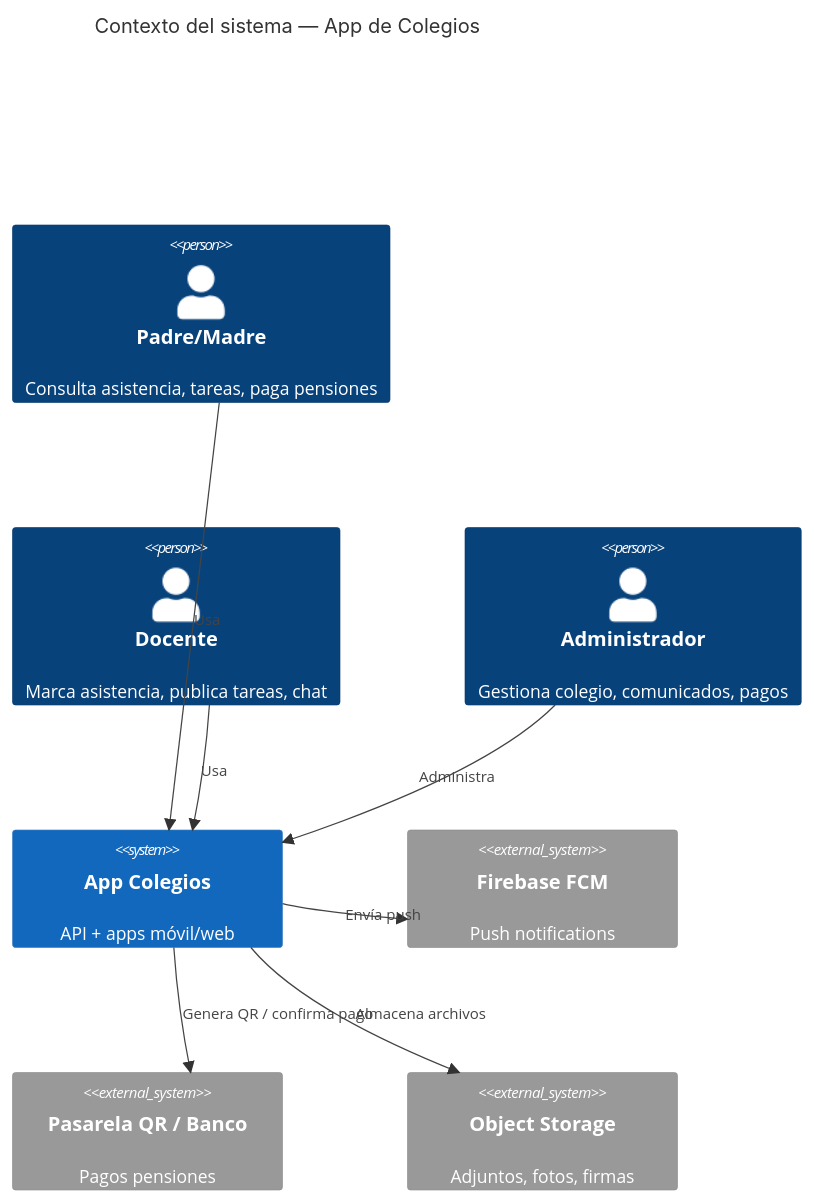
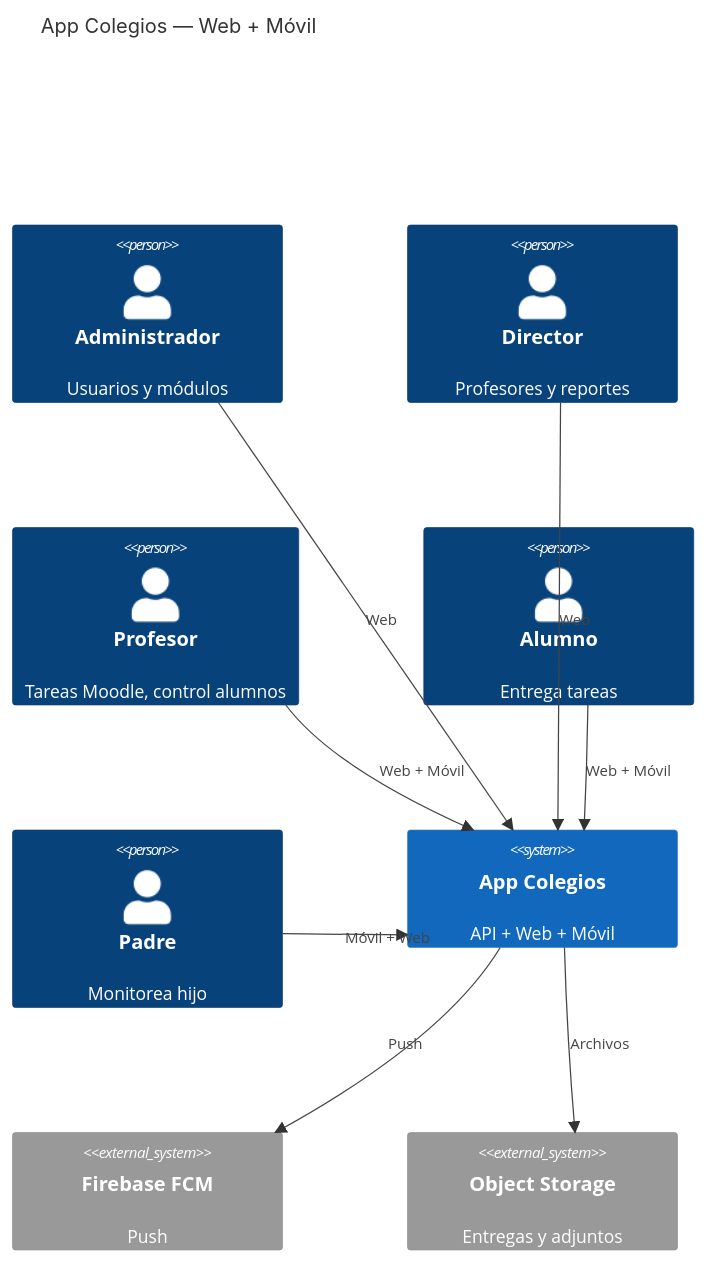
The second of 3 diagrams in specs/Architecture.md (wilmerar/colegio), drawn with Mermaid before and after one commit. The commit also changed other lines of this file and 7 other files, not shown here.

````diff
--- a/specs/Architecture.md
+++ b/specs/Architecture.md
@@ -32,20 +74,22 @@
 ```mermaid
 C4Context
-  title Contexto del sistema — App de Colegios
+  title App Colegios — Web + Móvil
 
-  Person(padre, "Padre/Madre", "Consulta asistencia, tareas, paga pensiones")
-  Person(docente, "Docente", "Marca asistencia, publica tareas, chat")
-  Person(admin, "Administrador", "Gestiona colegio, comunicados, pagos")
+  Person(admin, "Administrador", "Usuarios y módulos")
+  Person(director, "Director", "Profesores y reportes")
+  Person(teacher, "Profesor", "Tareas Moodle, control alumnos")
+  Person(student, "Alumno", "Entrega tareas")
+  Person(parent, "Padre", "Monitorea hijo")
 
-  System(app, "App Colegios", "API + apps móvil/web")
-  System_Ext(fcm, "Firebase FCM", "Push notifications")
-  System_Ext(payment, "Pasarela QR / Banco", "Pagos pensiones")
-  System_Ext(storage, "Object Storage", "Adjuntos, fotos, firmas")
+  System(app, "App Colegios", "API + Web + Móvil")
+  System_Ext(fcm, "Firebase FCM", "Push")
+  System_Ext(storage, "Object Storage", "Entregas y adjuntos")
 
-  Rel(padre, app, "Usa")
-  Rel(docente, app, "Usa")
-  Rel(admin, app, "Administra")
-  Rel(app, fcm, "Envía push")
-  Rel(app, payment, "Genera QR / confirma pago")
-  Rel(app, storage, "Almacena archivos")
+  Rel(admin, app, "Web")
+  Rel(director, app, "Web")
+  Rel(teacher, app, "Web + Móvil")
+  Rel(student, app, "Web + Móvil")
+  Rel(parent, app, "Móvil + Web")
+  Rel(app, fcm, "Push")
+  Rel(app, storage, "Archivos")
 ```
````
